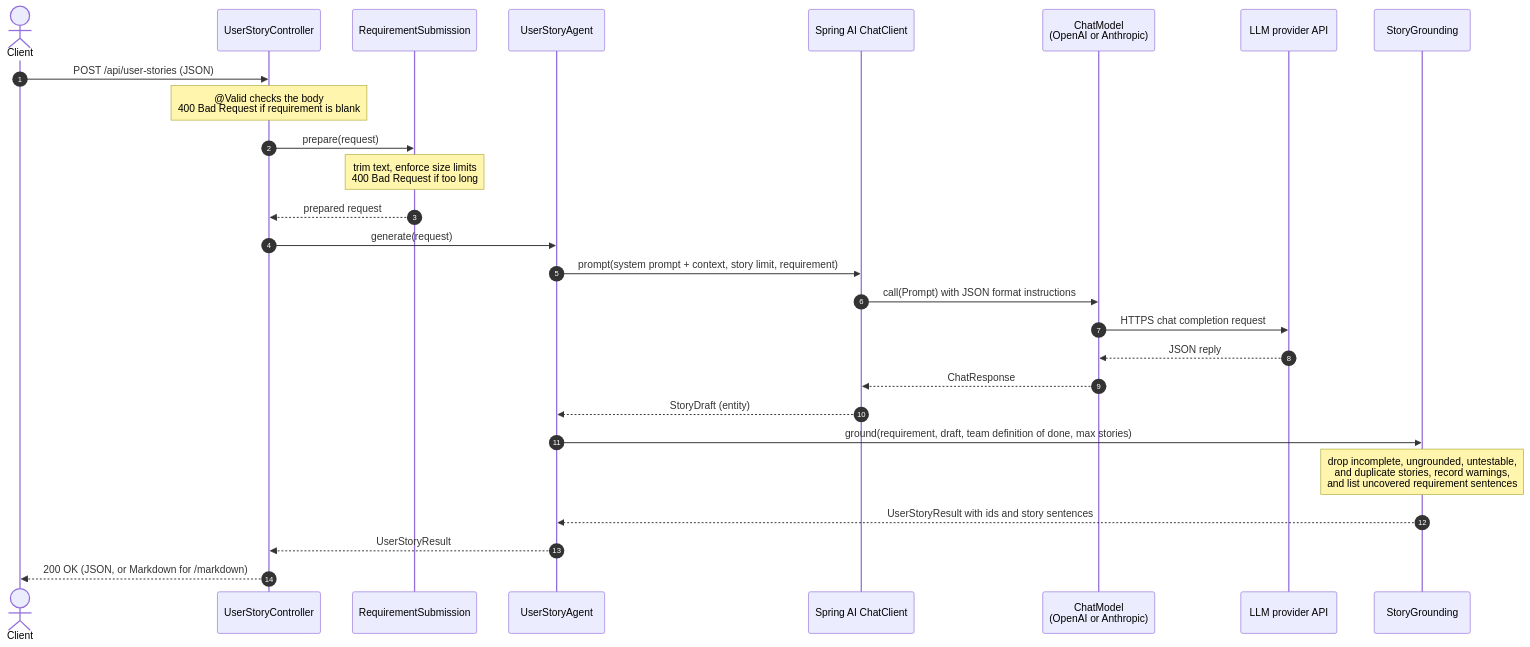
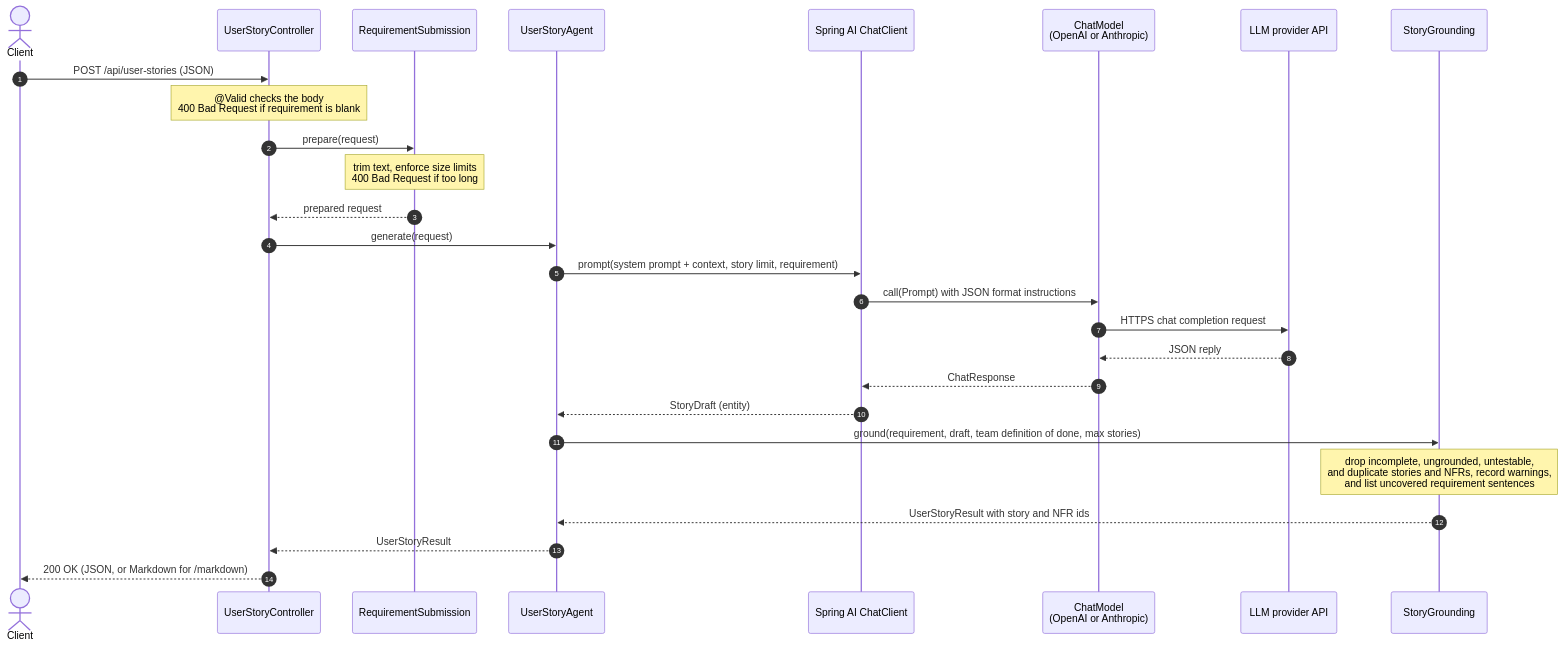
Before and after one commit to tufangorel/spring-boot-ai-sdlc-requirements-agent: the diagram in README.md, drawn with Mermaid. The commit also changed other lines of this file and 14 other files, not shown here.

````diff
--- a/README.md
+++ b/README.md
@@ -83,30 +94,30 @@
 ```mermaid
 sequenceDiagram
     autonumber
     actor Client
     participant Controller as UserStoryController
     participant Submission as RequirementSubmission
     participant Agent as UserStoryAgent
     participant ChatClient as Spring AI ChatClient
     participant Model as ChatModel<br/>(OpenAI or Anthropic)
     participant LLM as LLM provider API
     participant Grounding as StoryGrounding
 
     Client->>Controller: POST /api/user-stories (JSON)
     Note over Controller: @Valid checks the body<br/>400 Bad Request if requirement is blank
     Controller->>Submission: prepare(request)
     Note over Submission: trim text, enforce size limits<br/>400 Bad Request if too long
     Submission-->>Controller: prepared request
     Controller->>Agent: generate(request)
     Agent->>ChatClient: prompt(system prompt + context, story limit, requirement)
     ChatClient->>Model: call(Prompt) with JSON format instructions
     Model->>LLM: HTTPS chat completion request
     LLM-->>Model: JSON reply
     Model-->>ChatClient: ChatResponse
     ChatClient-->>Agent: StoryDraft (entity)
     Agent->>Grounding: ground(requirement, draft, team definition of done, max stories)
-    Note over Grounding: drop incomplete, ungrounded, untestable,<br/>and duplicate stories, record warnings,<br/>and list uncovered requirement sentences
-    Grounding-->>Agent: UserStoryResult with ids and story sentences
+    Note over Grounding: drop incomplete, ungrounded, untestable,<br/>and duplicate stories and NFRs, record warnings,<br/>and list uncovered requirement sentences
+    Grounding-->>Agent: UserStoryResult with story and NFR ids
     Agent-->>Controller: UserStoryResult
     Controller-->>Client: 200 OK (JSON, or Markdown for /markdown)
 ```
````
